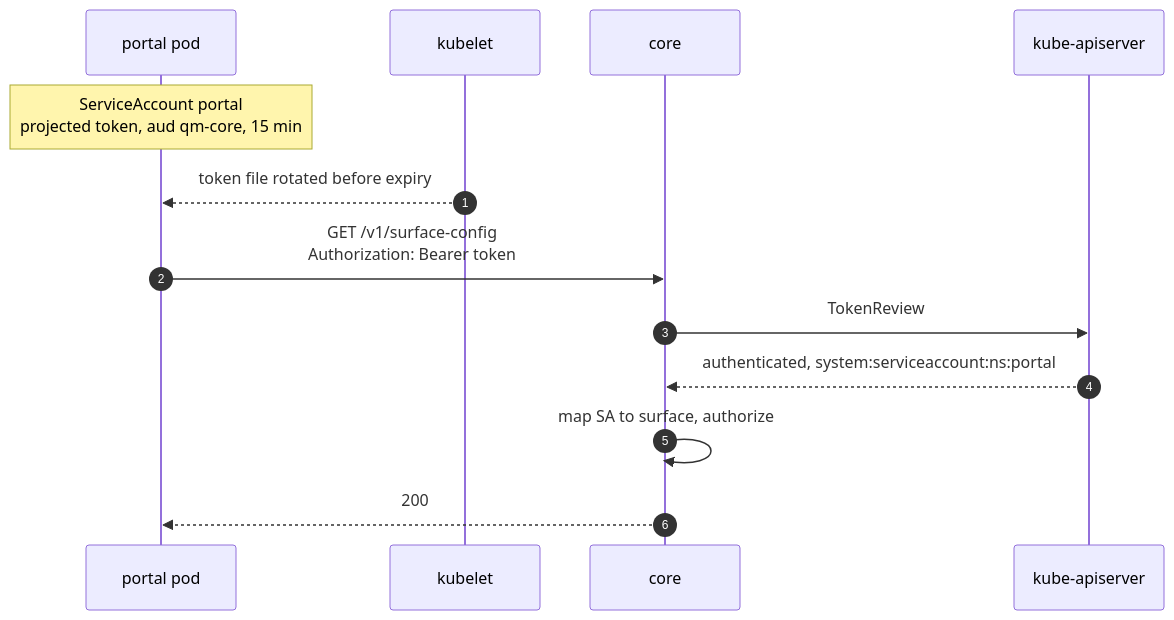
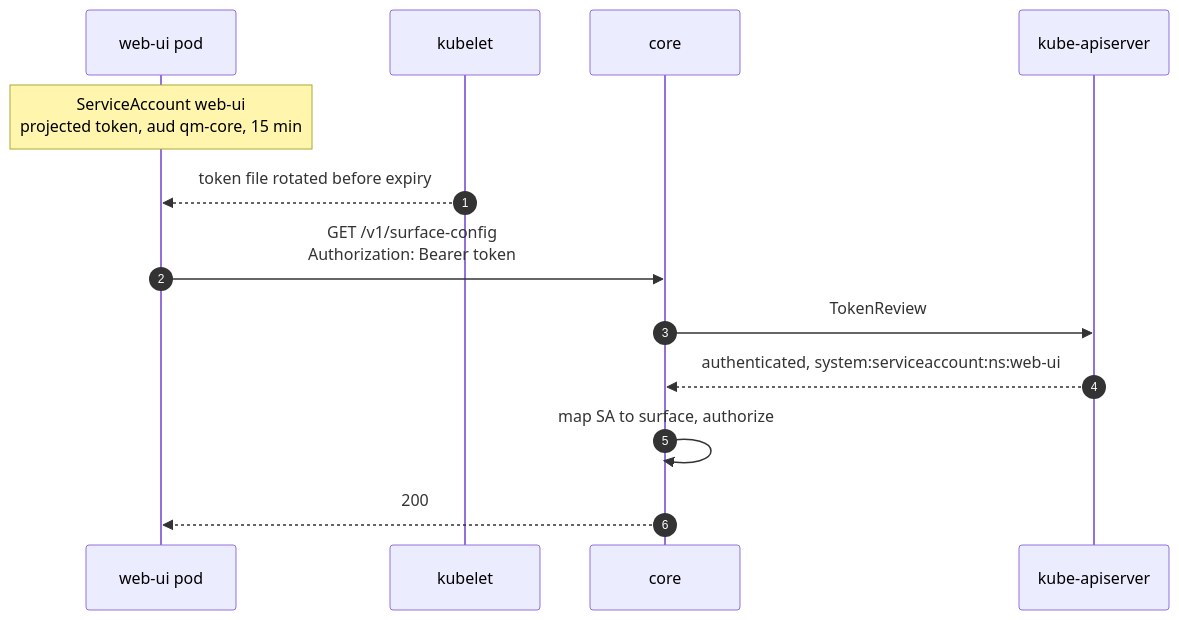
The fourth of 5 diagrams in docs/secretless.md (agentsky/qm), drawn with Mermaid before and after one commit. The commit also changed other lines of this file and 421 other files, not shown here.

````diff
--- a/docs/secretless.md
+++ b/docs/secretless.md
@@ -456,16 +401,16 @@
 ```mermaid
 sequenceDiagram
   autonumber
-  participant P as portal pod
+  participant W as web-ui pod
   participant K as kubelet
   participant Core as core
   participant API as kube-apiserver
 
-  Note over P: ServiceAccount portal<br/>projected token, aud qm-core, 15 min
-  K-->>P: token file rotated before expiry
-  P->>Core: GET /v1/surface-config<br/>Authorization: Bearer token
+  Note over W: ServiceAccount web-ui<br/>projected token, aud qm-core, 15 min
+  K-->>W: token file rotated before expiry
+  W->>Core: GET /v1/surface-config<br/>Authorization: Bearer token
   Core->>API: TokenReview
-  API-->>Core: authenticated, system:serviceaccount:ns:portal
+  API-->>Core: authenticated, system:serviceaccount:ns:web-ui
   Core->>Core: map SA to surface, authorize
-  Core-->>P: 200
+  Core-->>W: 200
 ```
````
